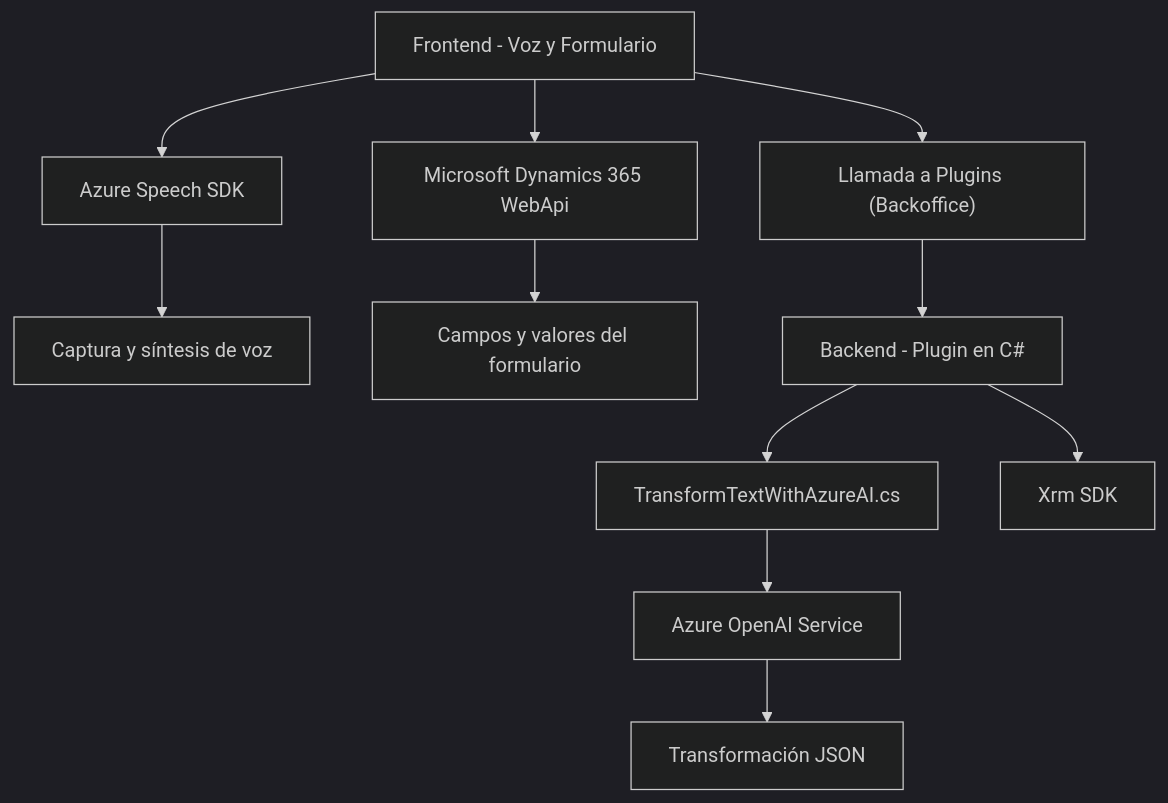
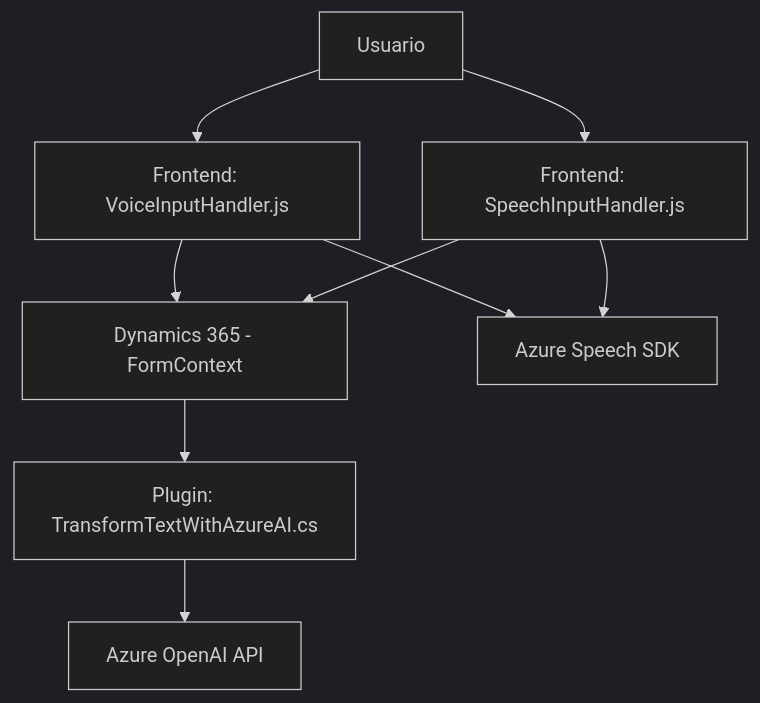
The diagram in README.md (blopezdm/NETCORE_BILBAO2025), drawn with Mermaid (dark theme) before and after one commit. The commit also changed other lines of this file, not shown here.

````diff
--- a/README.md
+++ b/README.md
@@ -77,13 +40,19 @@
 ```mermaid
 graph TD
-    A["Frontend - Voz y Formulario"] --> B["Azure Speech SDK"]
-    A --> C["Microsoft Dynamics 365 WebApi"]
-    B --> D["Captura y síntesis de voz"]
-    C --> E["Campos y valores del formulario"]
-    A --> F["Llamada a Plugins (Backoffice)"]
-    F --> G["Backend - Plugin en C#"]
-    G --> H["TransformTextWithAzureAI.cs"]
-    G --> I["Xrm SDK"]
-    H --> J["Azure OpenAI Service"]
-    J --> K["Transformación JSON"]
+    A["Usuario"]
+    B["Frontend: VoiceInputHandler.js"]
+    C["Frontend: SpeechInputHandler.js"]
+    D["Plugin: TransformTextWithAzureAI.cs"]
+    E["Dynamics 365 - FormContext"]
+    F["Azure Speech SDK"]
+    G["Azure OpenAI API"]
+
+    A --> B
+    A --> C
+    B --> E
+    C --> E
+    E --> D
+    B --> F
+    C --> F
+    D --> G
 ```
````
